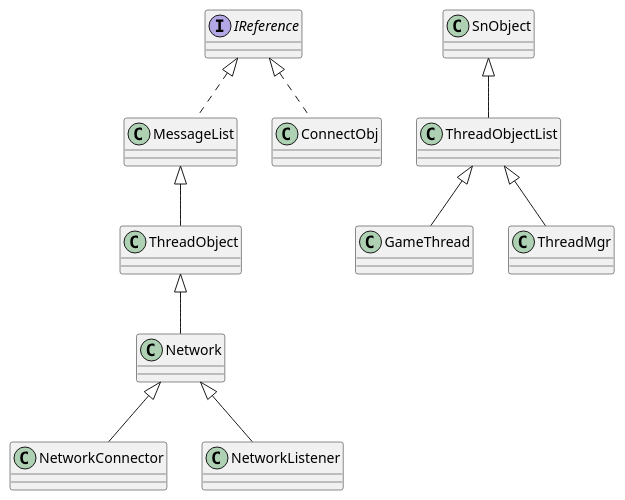
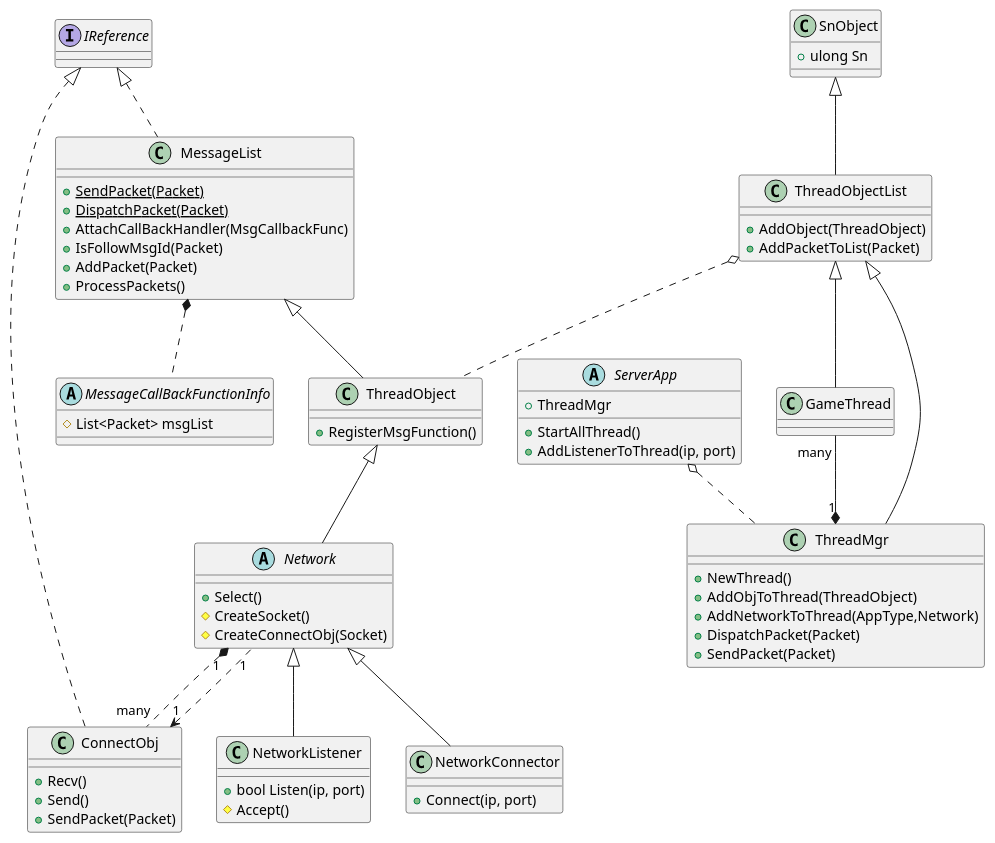
One commit to mingyutjm/ServerTest changed the diagram in ServerTest/map.puml. Above: the diagram before and after it, drawn with PlantUML. The commit also changed 8 other files, not shown here.

```diff
--- a/ServerTest/map.puml
+++ b/ServerTest/map.puml
@@ -1,21 +1,67 @@
 @startuml
 
 interface IReference
-class SnObject
+class SnObject {
+    + ulong Sn
+}
 
-class MessageList implements IReference
+abstract class MessageCallBackFunctionInfo {
+    # List<Packet> msgList
+}
+class MessageList implements IReference {
+    + {static} SendPacket(Packet)
+    + {static} DispatchPacket(Packet)
+    + AttachCallBackHandler(MsgCallbackFunc)
+    + IsFollowMsgId(Packet)
+    + AddPacket(Packet)
+    + ProcessPackets()
+}
+MessageList *.. MessageCallBackFunctionInfo
 
+abstract class Network extends ThreadObject {
+    + Select()
+    # CreateSocket()
+    # CreateConnectObj(Socket)
+}
+class NetworkConnector extends Network {
+    + Connect(ip, port)
+}
+class NetworkListener extends Network {
+    + bool Listen(ip, port)
+    # Accept()
+}
 
-class Network extends ThreadObject
-class NetworkConnector extends Network
-class NetworkListener extends Network
+class ConnectObj implements IReference {
+    + Recv()
+    + Send()
+    + SendPacket(Packet)
+}
 
-class ConnectObj implements IReference
+class ThreadObject extends MessageList {
+    + RegisterMsgFunction()
+}
+class ThreadObjectList extends SnObject {
+    + AddObject(ThreadObject)
+    + AddPacketToList(Packet)
+}
+class GameThread extends ThreadObjectList
+class ThreadMgr extends ThreadObjectList {
+    + NewThread()
+    + AddObjToThread(ThreadObject)
+    + AddNetworkToThread(AppType,Network)
+    + DispatchPacket(Packet)
+    + SendPacket(Packet)
+}
+GameThread "many" --* "1" ThreadMgr
+ThreadObjectList o.. ThreadObject
+ConnectObj "1" <.. "1" Network
+Network "1" *.. "many" ConnectObj
 
-class ThreadObject extends MessageList
-class ThreadObjectList extends SnObject
-class GameThread extends ThreadObjectList
-class ThreadMgr extends ThreadObjectList
-
+abstract class ServerApp {
+    + ThreadMgr
+    + StartAllThread()
+    + AddListenerToThread(ip, port)
+}
+ServerApp o.. ThreadMgr
 
 @enduml
```
